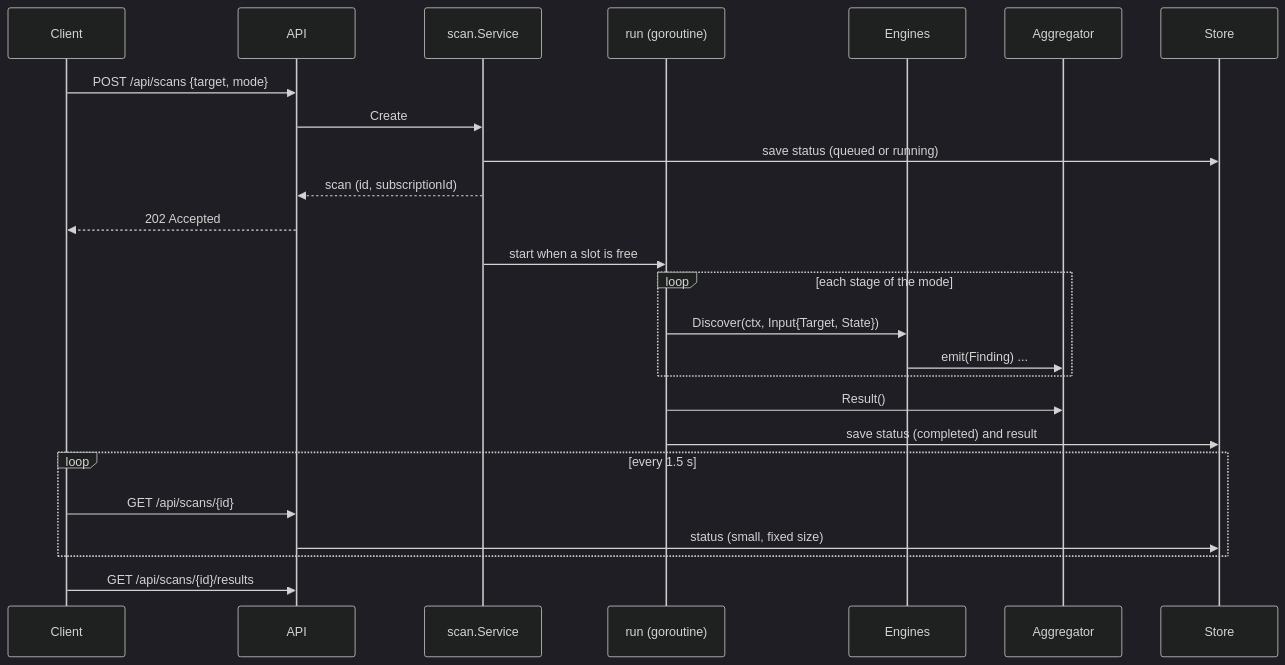
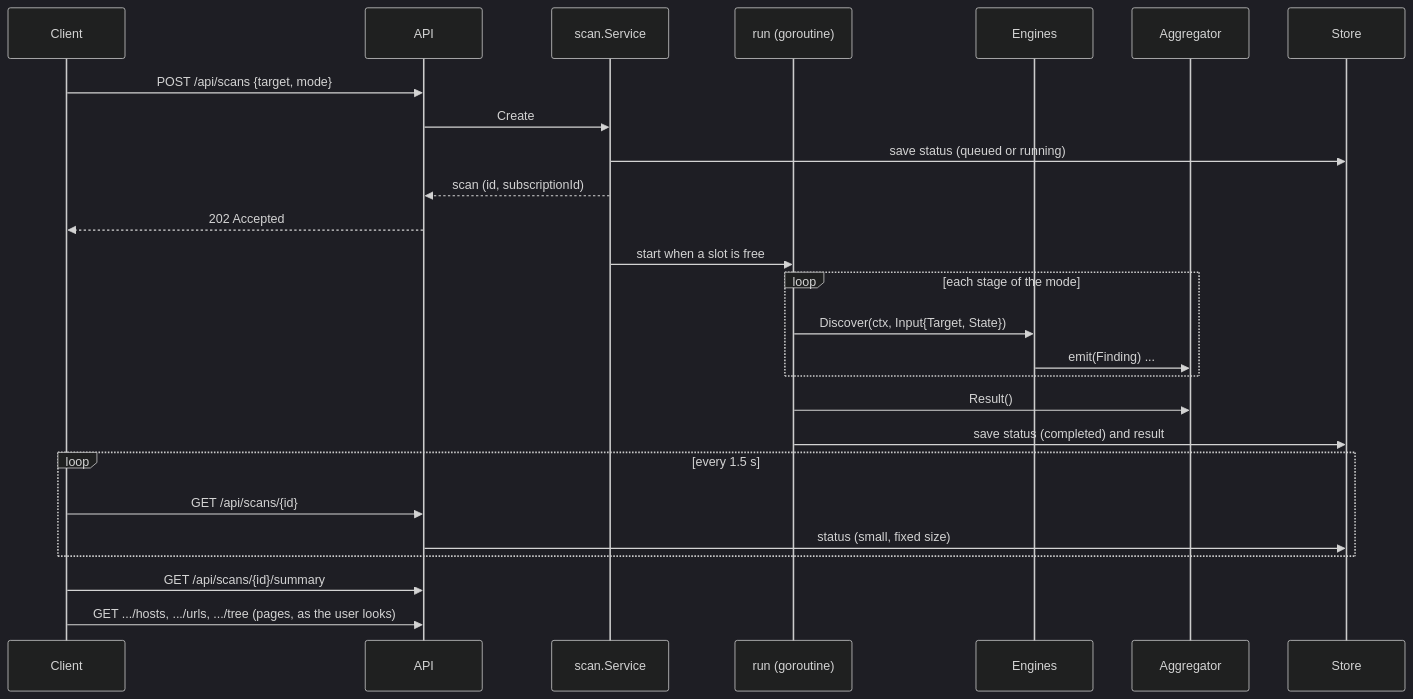
Before and after one commit to anandhuremanan/website_mapper: the second of 3 diagrams in ARCHITECTURE.md, drawn with Mermaid (dark theme). The commit also changed other lines of this file and 28 other files, not shown here.

````diff
--- a/ARCHITECTURE.md
+++ b/ARCHITECTURE.md
@@ -109,27 +109,28 @@
 ```mermaid
 sequenceDiagram
     participant C as Client
     participant A as API
     participant S as scan.Service
     participant R as run (goroutine)
     participant E as Engines
     participant G as Aggregator
     participant St as Store
     C->>A: POST /api/scans {target, mode}
     A->>S: Create
     S->>St: save status (queued or running)
     S-->>A: scan (id, subscriptionId)
     A-->>C: 202 Accepted
     S->>R: start when a slot is free
     loop each stage of the mode
         R->>E: Discover(ctx, Input{Target, State})
         E->>G: emit(Finding) ...
     end
     R->>G: Result()
     R->>St: save status (completed) and result
     loop every 1.5 s
         C->>A: GET /api/scans/{id}
         A->>St: status (small, fixed size)
     end
-    C->>A: GET /api/scans/{id}/results
+    C->>A: GET /api/scans/{id}/summary
+    C->>A: GET .../hosts, .../urls, .../tree (pages, as the user looks)
 ```
````
